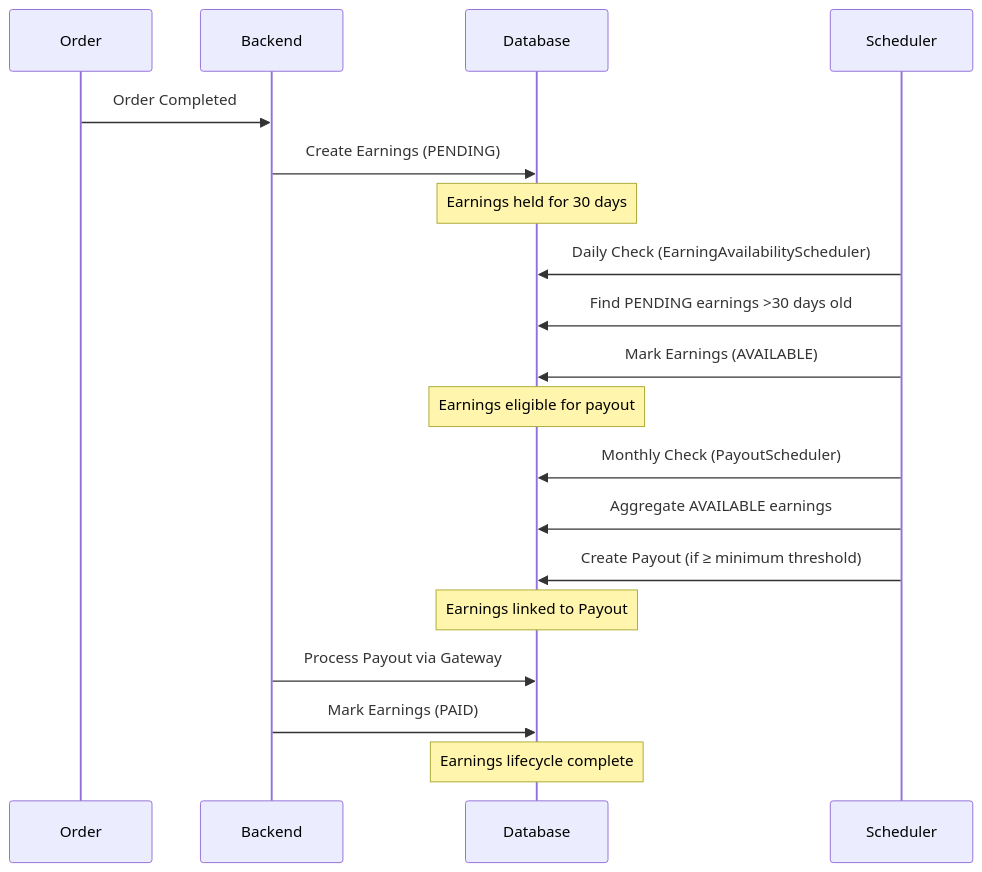
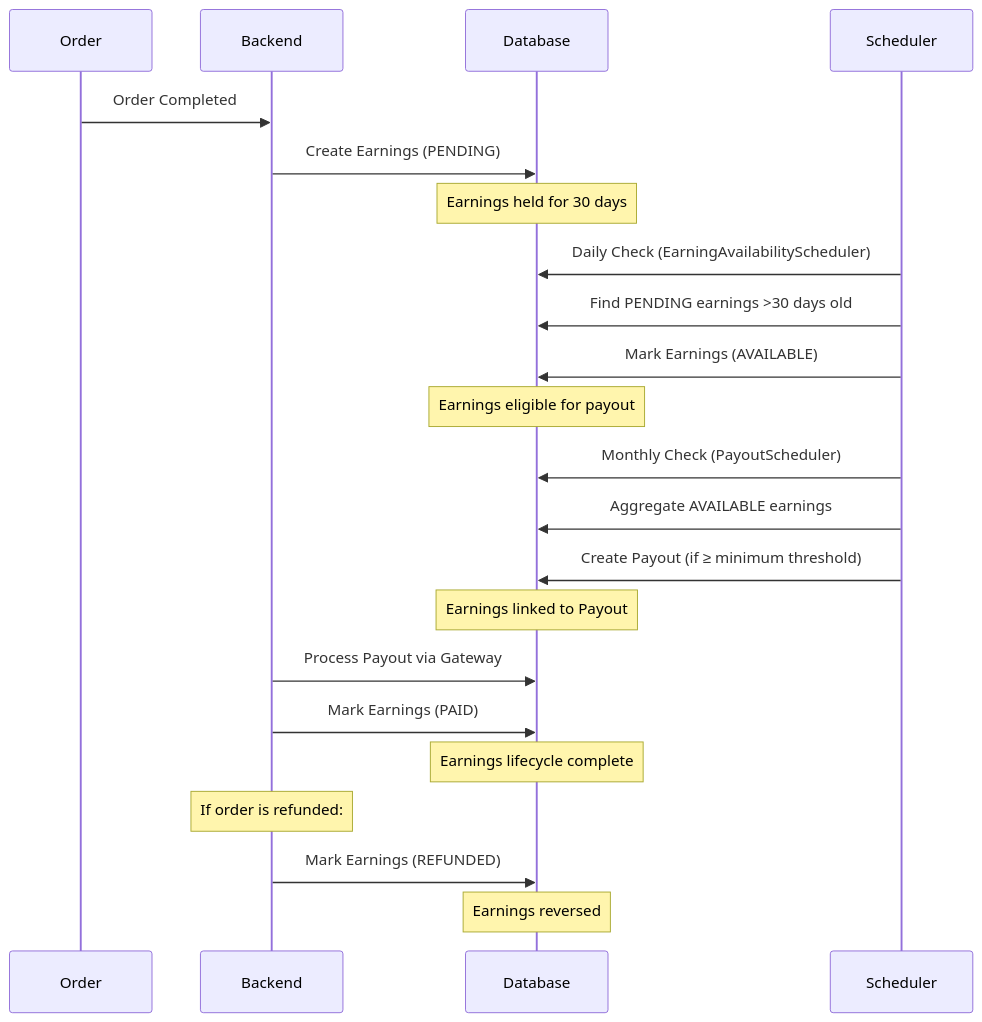
The first of 17 diagrams in docs/workflows/payout_workflows.md (HuuLocFIT/EduMind), drawn with Mermaid before and after one commit. The commit also changed other lines of this file and 1 other file, not shown here.

````diff
--- a/docs/workflows/payout_workflows.md
+++ b/docs/workflows/payout_workflows.md
@@ -11,25 +11,29 @@
 ```mermaid
 sequenceDiagram
     participant Order
     participant Backend
     participant Database
     participant Scheduler
 
     Order->>Backend: Order Completed
     Backend->>Database: Create Earnings (PENDING)
     Note over Database: Earnings held for 30 days
     
     Scheduler->>Database: Daily Check (EarningAvailabilityScheduler)
     Scheduler->>Database: Find PENDING earnings >30 days old
     Scheduler->>Database: Mark Earnings (AVAILABLE)
     Note over Database: Earnings eligible for payout
     
     Scheduler->>Database: Monthly Check (PayoutScheduler)
     Scheduler->>Database: Aggregate AVAILABLE earnings
     Scheduler->>Database: Create Payout (if ≥ minimum threshold)
     Note over Database: Earnings linked to Payout
     
     Backend->>Database: Process Payout via Gateway
     Backend->>Database: Mark Earnings (PAID)
     Note over Database: Earnings lifecycle complete
+
+    Note over Backend: If order is refunded:
+    Backend->>Database: Mark Earnings (REFUNDED)
+    Note over Database: Earnings reversed
 ```
````
